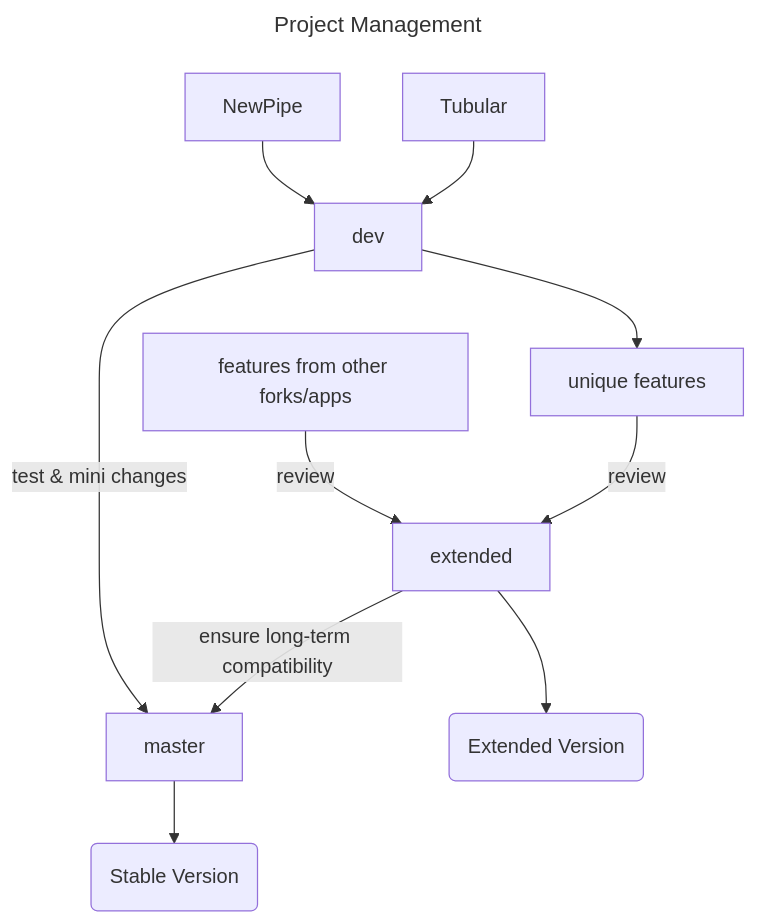
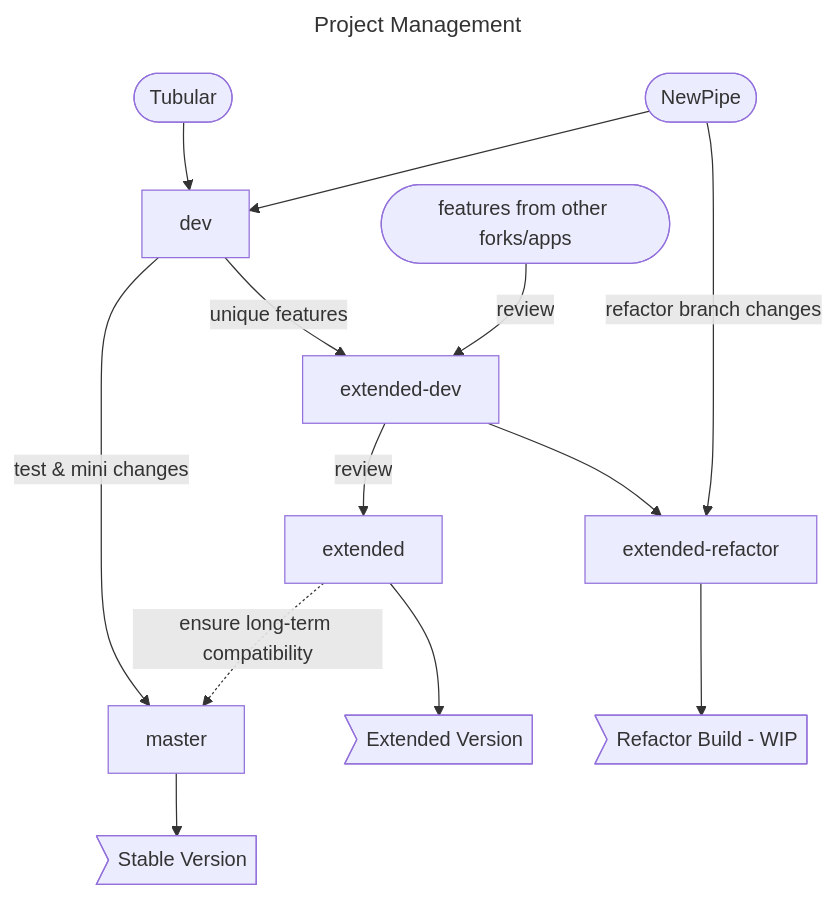
Before and after one commit to MaintainTeam/LastPipeBender: the diagram in README.md, drawn with Mermaid.

Commit message:
update project management mermaid

````diff
--- a/README.md
+++ b/README.md
@@ -44,17 +44,21 @@
 ```mermaid
 ---
 title: Project Management
 ---
 graph TD
-    A[NewPipe] --> D[dev]
-    B[Tubular] --> D
-    C[features from other forks/apps] --> | review | F
+    B([Tubular]) --> D
+    A([NewPipe]) --> D[dev]
+    C([features from other forks/apps]) --> | review | F
     D --> | test & mini changes | E[master]
-    D --> X[unique features]
-    X --> | review | F[extended]
+    D --> | unique features | F[extended-dev]
 
-    F -->  G(Extended Version)
+    G .-> | ensure long-term compatibility | E
+    E --> K>Stable Version]
 
-    F --> | ensure long-term compatibility | E
-    E --> K(Stable Version)
+    F --> | review | G[extended]
+    G --> H>Extended Version]
+
+    F --> P[extended-refactor]
+    A --> | refactor branch changes | P
+    P --> Y>Refactor Build - WIP]
 ```
````
